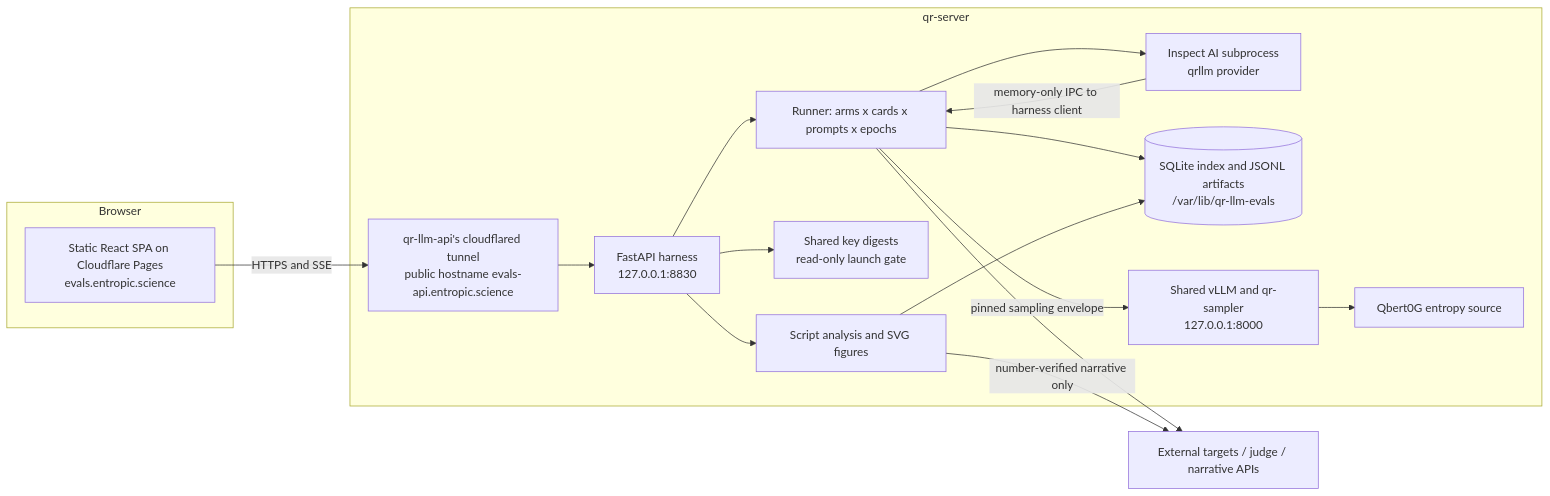
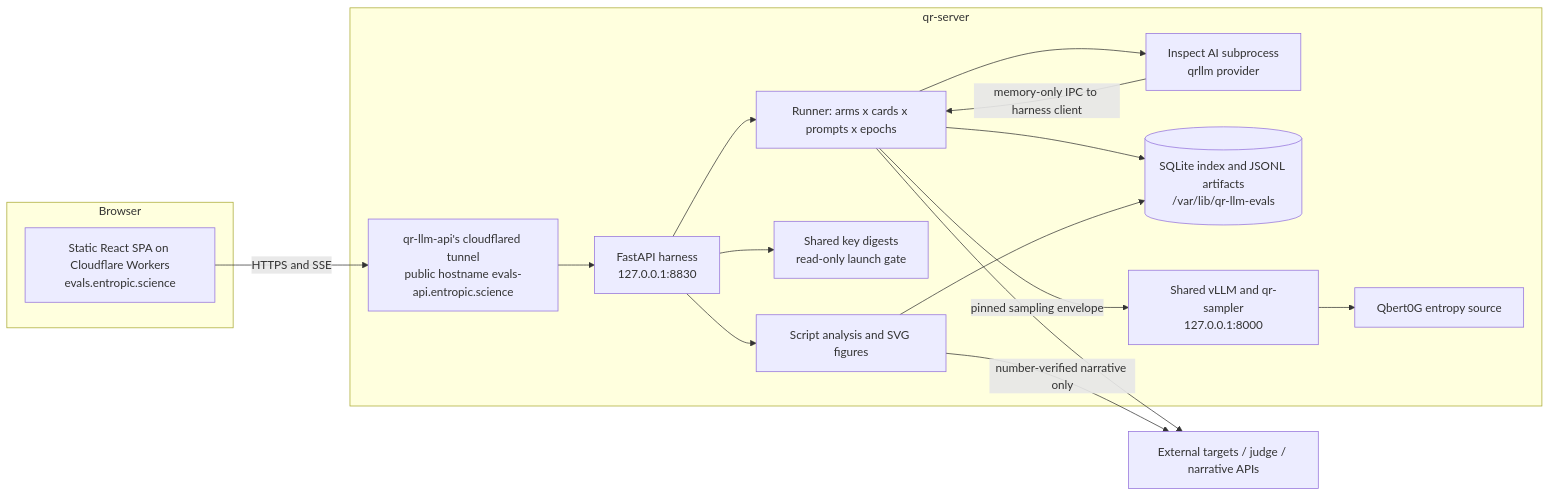
One commit to Entropic-Science/qr-llm-evals changed the diagram in docs/DESIGN.md. Above: the diagram before and after it, drawn with Mermaid. The commit also changed other lines of this file and 10 other files, not shown here.

First line of the commit message:
Deploy the web app as a Cloudflare Worker with static assets

````diff
--- a/docs/DESIGN.md
+++ b/docs/DESIGN.md
@@ -13,31 +13,31 @@
 ```mermaid
 flowchart LR
   subgraph browser [Browser]
-    SPA[Static React SPA on Cloudflare Pages<br/>evals.entropic.science]
+    SPA[Static React SPA on Cloudflare Workers<br/>evals.entropic.science]
   end
   subgraph box [qr-server]
     CF[qr-llm-api's cloudflared tunnel<br/>public hostname evals-api.entropic.science]
     API[FastAPI harness<br/>127.0.0.1:8830]
     RUN[Runner: arms x cards x prompts x epochs]
     INS[Inspect AI subprocess<br/>qrllm provider]
     ST[(SQLite index and JSONL artifacts<br/>/var/lib/qr-llm-evals)]
     KEYS[Shared key digests<br/>read-only launch gate]
     VLLM[Shared vLLM and qr-sampler<br/>127.0.0.1:8000]
     QB[Qbert0G entropy source]
     AN[Script analysis and SVG figures]
   end
   EXT[External targets / judge / narrative APIs]
   SPA -->|HTTPS and SSE| CF
   CF --> API
   API --> KEYS
   API --> RUN
   RUN --> INS
   INS -->|memory-only IPC to harness client| RUN
   RUN -->|pinned sampling envelope| VLLM
   VLLM --> QB
   RUN --> EXT
   RUN --> ST
   API --> AN
   AN --> ST
   AN -->|number-verified narrative only| EXT
 ```
````
